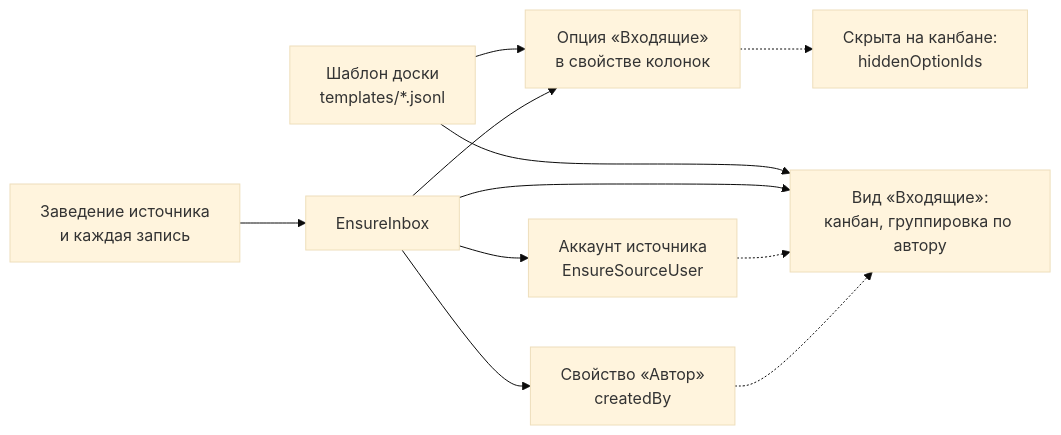
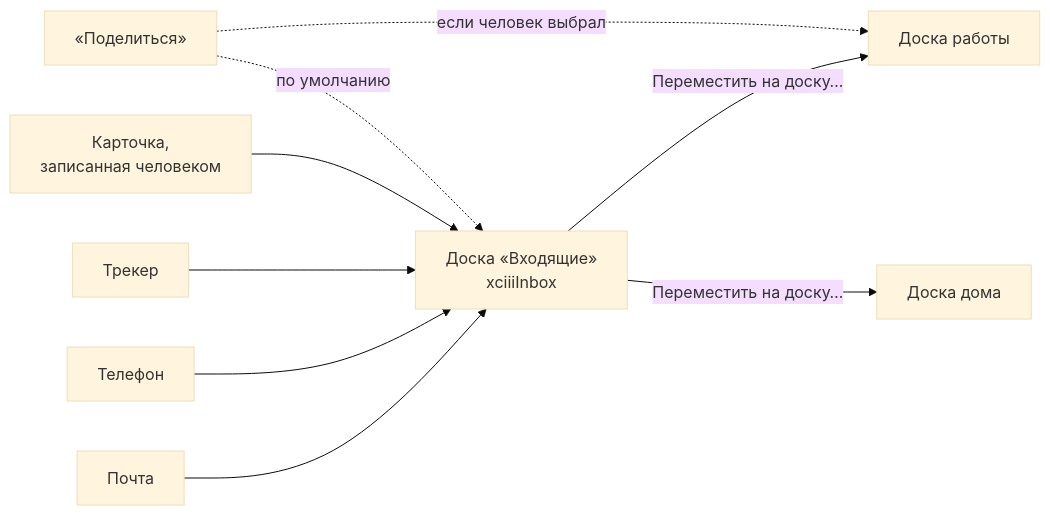
Before and after one commit to artipop/pourquoipas: the fifth of 10 diagrams in docs/sources.md, drawn with Mermaid (base theme). The commit also changed other lines of this file and 78 other files, not shown here.

````diff
--- a/docs/sources.md
+++ b/docs/sources.md
@@ -621,13 +544,11 @@
 ```mermaid
 flowchart LR
-    T["Шаблон доски<br/>templates/*.jsonl"] --> C
-    T --> V
-    E["Заведение источника<br/>и каждая запись"] --> EI["EnsureInbox"]
-    EI --> C["Опция «Входящие»<br/>в свойстве колонок"]
-    EI --> V["Вид «Входящие»:<br/>канбан, группировка по автору"]
-    EI --> P["Свойство «Автор»<br/>createdBy"]
-    EI --> U["Аккаунт источника<br/>EnsureSourceUser"]
-    C -.-> HID["Скрыта на канбане:<br/>hiddenOptionIds"]
-    U -.-> V
-    P -.-> V
+    S1["Почта"] --> IN
+    S2["Телефон"] --> IN
+    S3["Трекер"] --> IN
+    ME["Карточка,<br/>записанная человеком"] --> IN
+    IN["Доска «Входящие»<br/>xciiiInbox"] -- "Переместить на доску…" --> B1["Доска работы"]
+    IN -- "Переместить на доску…" --> B2["Доска дома"]
+    SH["«Поделиться»"] -. "по умолчанию" .-> IN
+    SH -. "если человек выбрал" .-> B1
 ```
````
